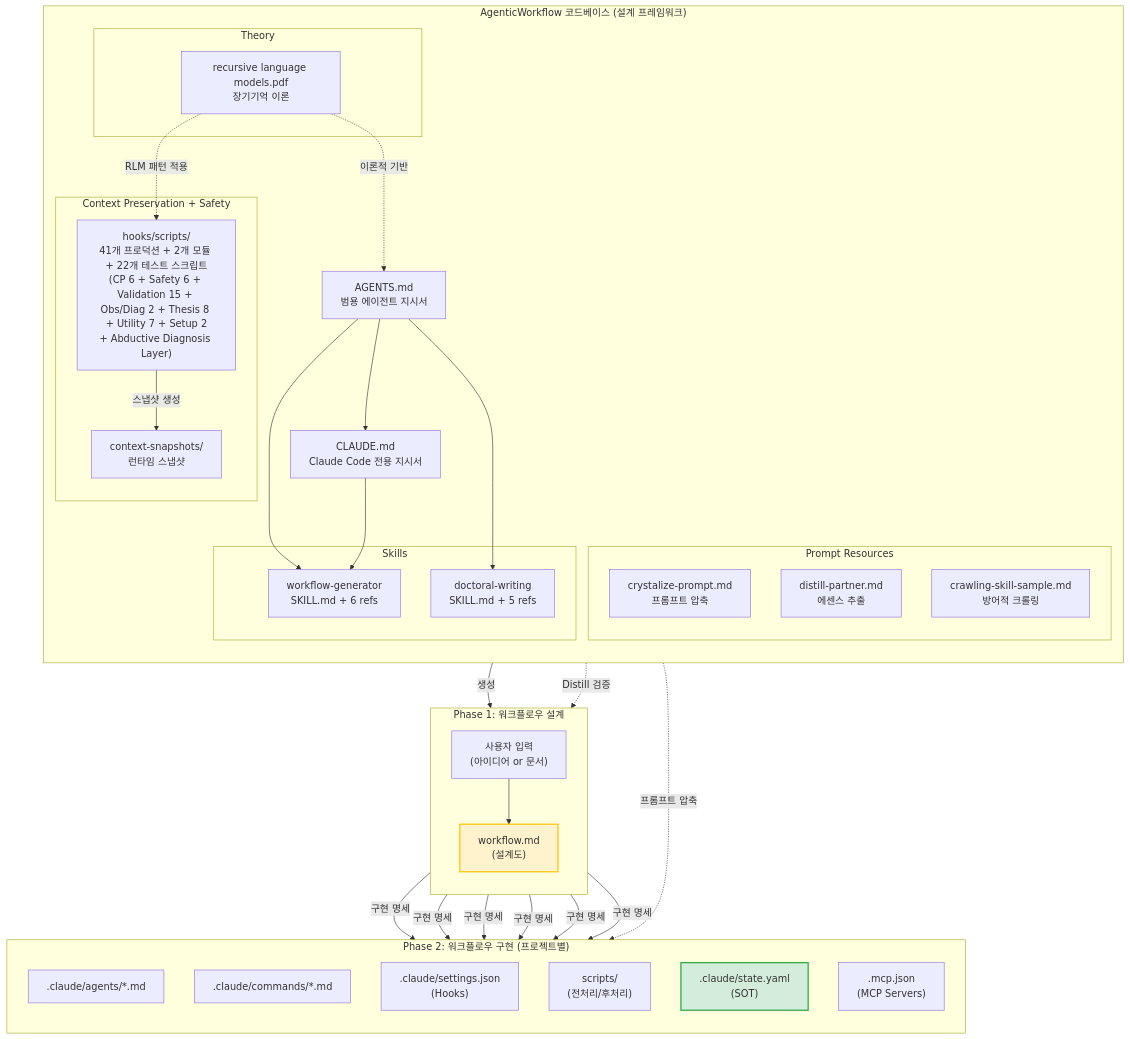
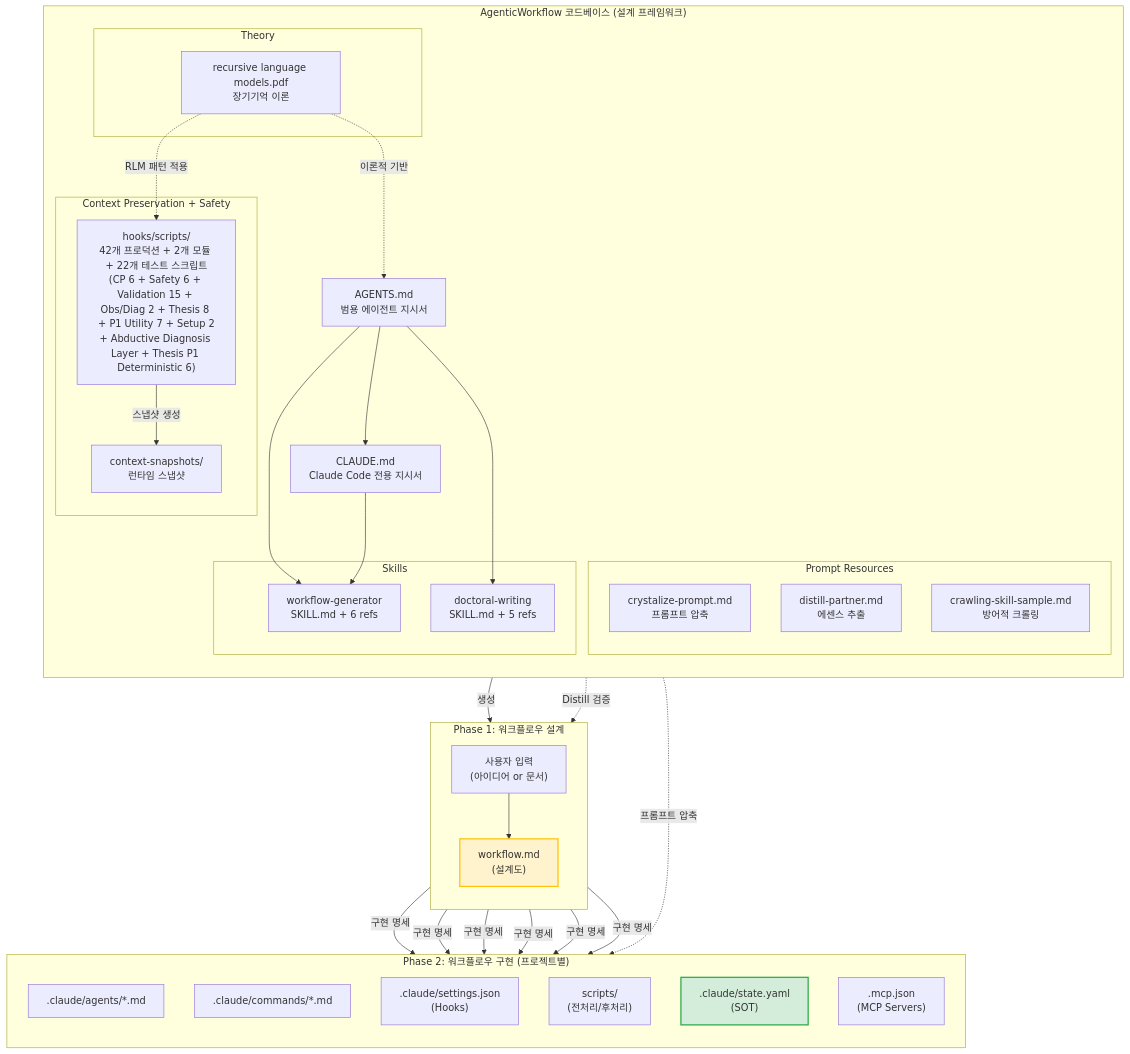
One commit to yfchyun/Dissertation-Simulator-AgenticWorkflow changed the third of 14 diagrams in AGENTICWORKFLOW-ARCHITECTURE-AND-PHILOSOPHY.md. Above: the diagram before and after it, drawn with Mermaid. The commit also changed other lines of this file and 10 other files, not shown here.

````diff
--- a/AGENTICWORKFLOW-ARCHITECTURE-AND-PHILOSOPHY.md
+++ b/AGENTICWORKFLOW-ARCHITECTURE-AND-PHILOSOPHY.md
@@ -232,66 +232,66 @@
 ```mermaid
 graph TB
     subgraph "AgenticWorkflow 코드베이스 (설계 프레임워크)"
         direction TB
         CLAUDE["CLAUDE.md<br/>Claude Code 전용 지시서"]
         AGENTS["AGENTS.md<br/>범용 에이전트 지시서"]
 
         subgraph "Skills"
             WG["workflow-generator<br/>SKILL.md + 6 refs"]
             DW["doctoral-writing<br/>SKILL.md + 5 refs"]
         end
 
         subgraph "Context Preservation + Safety"
-            CPS["hooks/scripts/<br/>41개 프로덕션 + 2개 모듈 + 22개 테스트 스크립트<br/>(CP 6 + Safety 6 + Validation 15 + Obs/Diag 2 + Thesis 8 + Utility 7 + Setup 2<br/>+ Abductive Diagnosis Layer)"]
+            CPS["hooks/scripts/<br/>42개 프로덕션 + 2개 모듈 + 22개 테스트 스크립트<br/>(CP 6 + Safety 6 + Validation 15 + Obs/Diag 2 + Thesis 8 + P1 Utility 7 + Setup 2<br/>+ Abductive Diagnosis Layer + Thesis P1 Deterministic 6)"]
             CSS["context-snapshots/<br/>런타임 스냅샷"]
         end
 
         subgraph "Prompt Resources"
             CP["crystalize-prompt.md<br/>프롬프트 압축"]
             DP["distill-partner.md<br/>에센스 추출"]
             CS["crawling-skill-sample.md<br/>방어적 크롤링"]
         end
 
         subgraph "Theory"
             RLM["recursive language models.pdf<br/>장기기억 이론"]
         end
 
         AGENTS --> CLAUDE
         AGENTS --> WG
         AGENTS --> DW
         CLAUDE --> WG
         RLM -.->|"이론적 기반"| AGENTS
         RLM -.->|"RLM 패턴 적용"| CPS
         CPS -->|"스냅샷 생성"| CSS
     end
 
     subgraph "Phase 1: 워크플로우 설계"
         direction TB
         USER_INPUT["사용자 입력<br/>(아이디어 or 문서)"]
         WF["workflow.md<br/>(설계도)"]
         USER_INPUT --> WF
     end
 
     subgraph "Phase 2: 워크플로우 구현 (프로젝트별)"
         direction TB
         AG[".claude/agents/*.md"]
         CMD[".claude/commands/*.md"]
         HK[".claude/settings.json<br/>(Hooks)"]
         SC["scripts/<br/>(전처리/후처리)"]
         SOT[".claude/state.yaml<br/>(SOT)"]
         MCP[".mcp.json<br/>(MCP Servers)"]
     end
 
     WG -->|"생성"| WF
     DP -.->|"Distill 검증"| WF
     CP -.->|"프롬프트 압축"| AG
     WF -->|"구현 명세"| AG
     WF -->|"구현 명세"| CMD
     WF -->|"구현 명세"| HK
     WF -->|"구현 명세"| SC
     WF -->|"구현 명세"| SOT
     WF -->|"구현 명세"| MCP
 
     style WF fill:#fff3cd,stroke:#ffc107,stroke-width:2px
     style SOT fill:#d4edda,stroke:#28a745,stroke-width:2px
 ```
````
